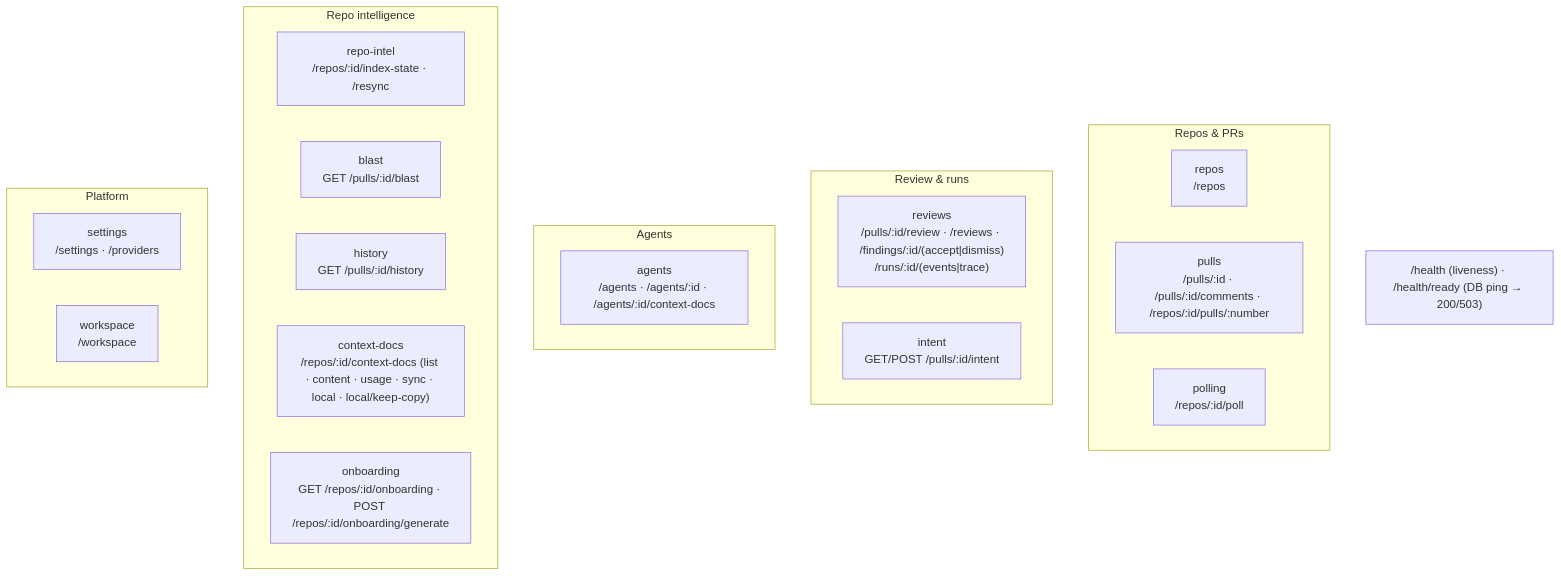
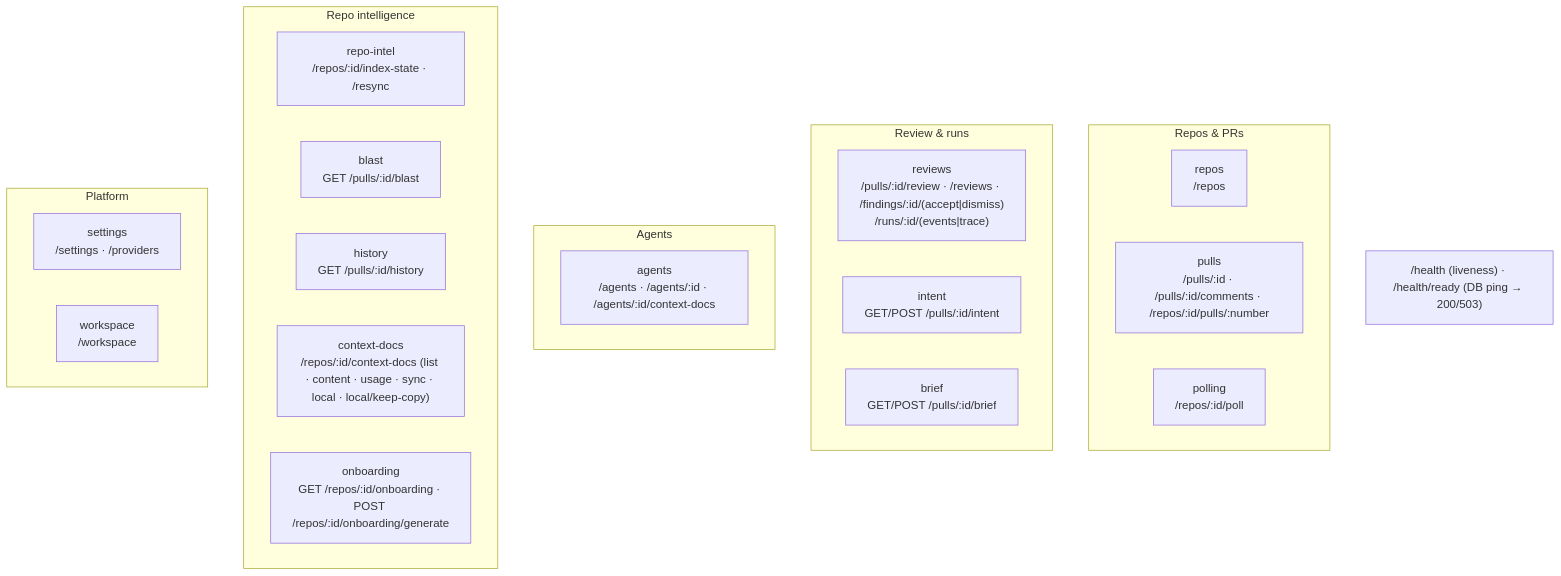
The second of 2 diagrams in server/README.md (BalakaMd/dev-digest), drawn with Mermaid before and after one commit. The commit also changed other lines of this file and 69 other files, not shown here.

````diff
--- a/server/README.md
+++ b/server/README.md
@@ -64,27 +64,28 @@
 ```mermaid
 flowchart TB
   subgraph Repos_PRs["Repos & PRs"]
     repos["repos<br/>/repos"]
     pulls["pulls<br/>/pulls/:id · /pulls/:id/comments · /repos/:id/pulls/:number"]
     polling["polling<br/>/repos/:id/poll"]
   end
   subgraph Review["Review & runs"]
     reviews["reviews<br/>/pulls/:id/review · /reviews · /findings/:id/(accept|dismiss)<br/>/runs/:id/(events|trace)"]
     intent["intent<br/>GET/POST /pulls/:id/intent"]
+    brief["brief<br/>GET/POST /pulls/:id/brief"]
   end
   subgraph Agents["Agents"]
     agents["agents<br/>/agents · /agents/:id · /agents/:id/context-docs"]
   end
   subgraph Intel["Repo intelligence"]
     repoIntel["repo-intel<br/>/repos/:id/index-state · /resync"]
     blast["blast<br/>GET /pulls/:id/blast"]
     history["history<br/>GET /pulls/:id/history"]
     contextDocs["context-docs<br/>/repos/:id/context-docs (list · content · usage · sync · local · local/keep-copy)"]
     onboarding["onboarding<br/>GET /repos/:id/onboarding · POST /repos/:id/onboarding/generate"]
   end
   subgraph Platform["Platform"]
     settings["settings<br/>/settings · /providers"]
     workspace["workspace<br/>/workspace"]
   end
   HEALTH["/health (liveness) · /health/ready (DB ping → 200/503)"]
 ```
````
